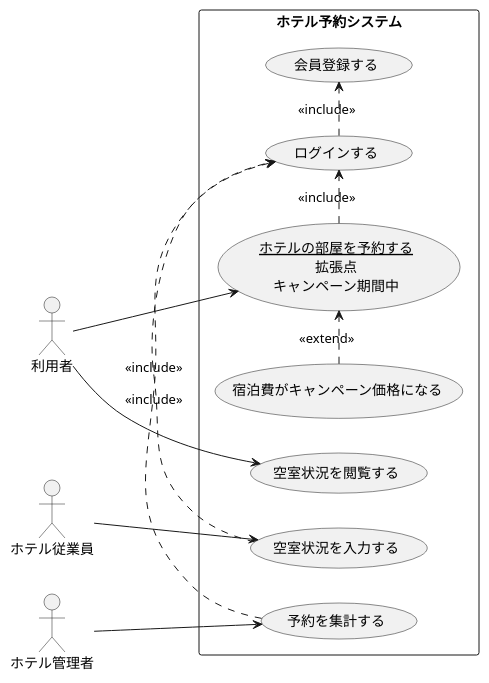
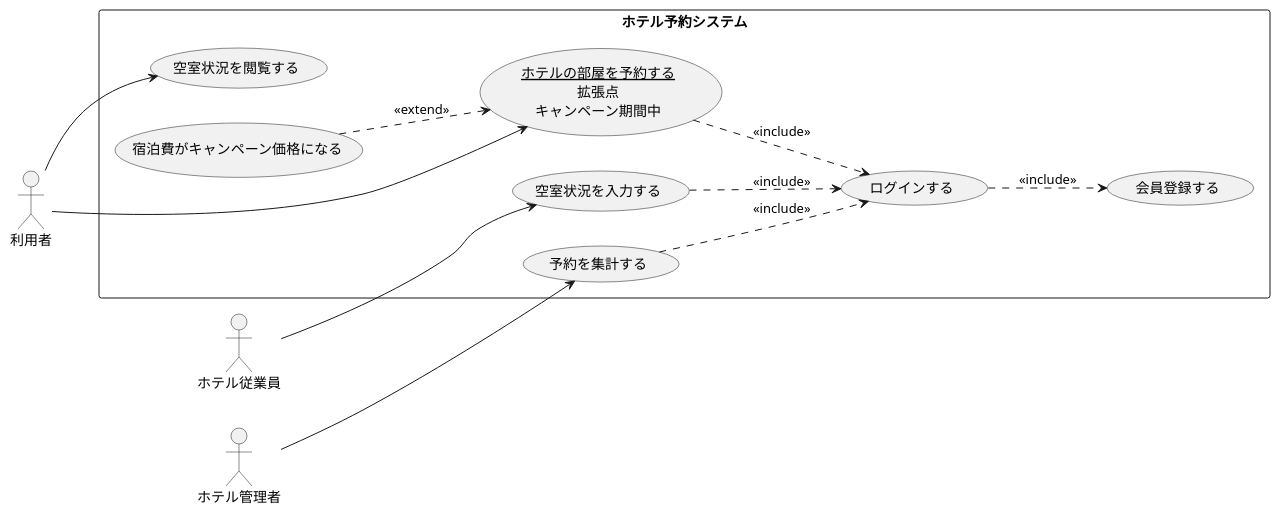
The diagram in 演習2-8_UC_ホテル予約システム.pu (SatouSeira/uml-introduction), drawn with PlantUML before and after one commit.

Commit message:
しゅわしゅわソーダ

```diff
--- a/演習2-8_UC_ホテル予約システム.pu
+++ b/演習2-8_UC_ホテル予約システム.pu
@@ -1,27 +1,27 @@
 @startuml ユースケース図
 left to right direction
 actor 利用者
 actor ホテル従業員
 actor ホテル管理者
 
 rectangle ホテル予約システム {
     usecase 空室状況を閲覧する
     usecase (<u>ホテルの部屋を予約する</u>\n拡張点\nキャンペーン期間中) as ホテルの部屋を予約する
     usecase 空室状況を入力する
     usecase 予約を集計する
     usecase ログインする
     usecase 会員登録する
     usecase 宿泊費がキャンペーン価格になる
 }
 
 利用者 --> 空室状況を閲覧する
 利用者 --> ホテルの部屋を予約する
 ホテル従業員 --> 空室状況を入力する
 ホテル管理者 --> 予約を集計する
-ホテルの部屋を予約する .> ログインする : << include >>
-ログインする .> 会員登録する : << include >>
-空室状況を入力する .> ログインする : << include >>
-予約を集計する .> ログインする : << include >>
-宿泊費がキャンペーン価格になる .> ホテルの部屋を予約する : << extend >>
+ホテルの部屋を予約する ..> ログインする : << include >>
+ログインする ..> 会員登録する : << include >>
+空室状況を入力する ..> ログインする : << include >>
+予約を集計する ..> ログインする : << include >>
+宿泊費がキャンペーン価格になる ..> ホテルの部屋を予約する : << extend >>
 
 @enduml
```
